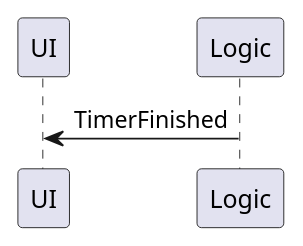
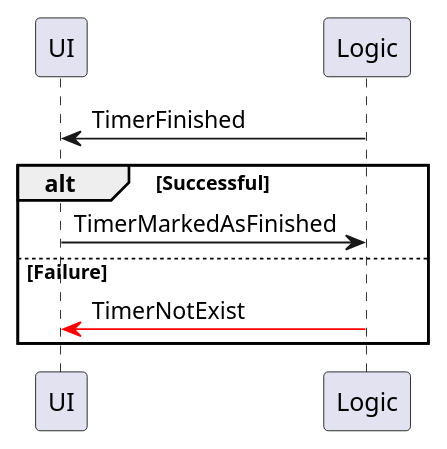
The diagram in docs/TimerFinished.puml (tomekbielaszewski/multitimer2), drawn with PlantUML before and after one commit. The commit also changed 1 other file, not shown here.

Commit message:
updated timer finished flow

```diff
--- a/docs/TimerFinished.puml
+++ b/docs/TimerFinished.puml
@@ -1,3 +1,8 @@
 @startuml
 UI <- Logic: TimerFinished
+alt Successful
+UI -> Logic: TimerMarkedAsFinished
+else Failure
+Logic -[#red]> UI: TimerNotExist
+end
 @enduml
```
